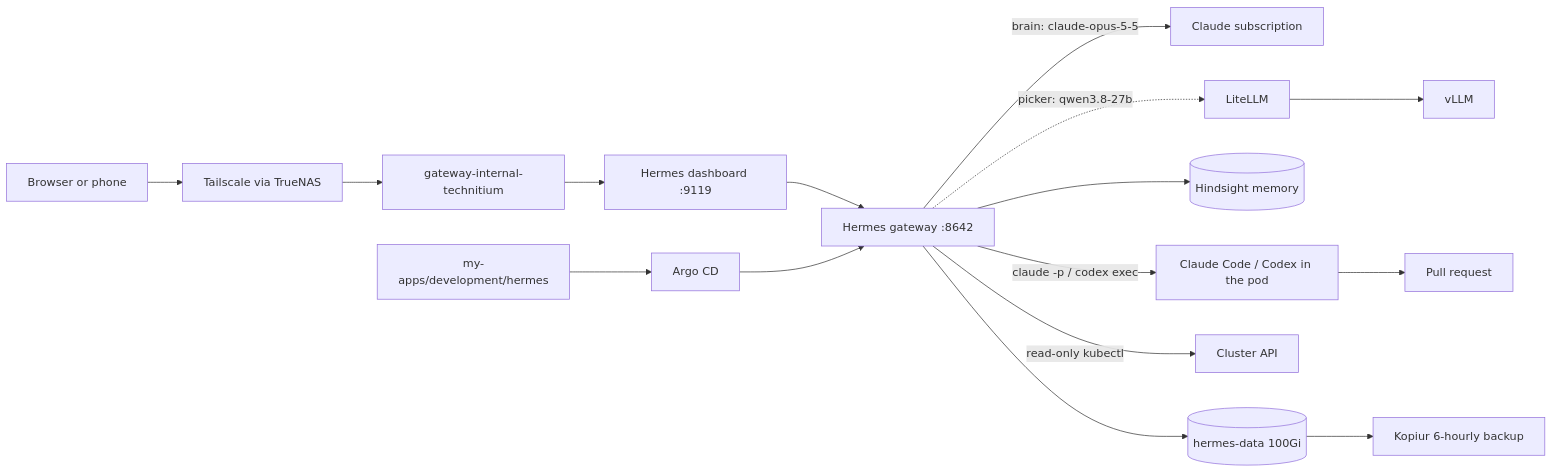
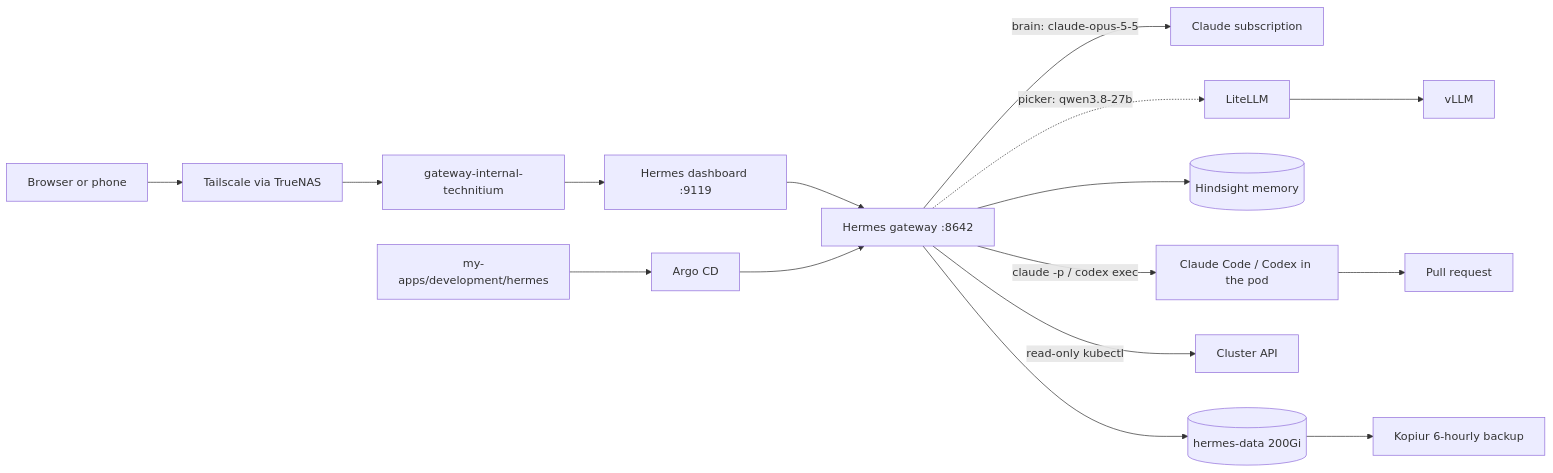
The first of 3 diagrams in docs/domains/ai-gpu/hermes.md (mitchross/talos-argocd-proxmox), drawn with Mermaid before and after one commit. The commit also changed other lines of this file and 4 other files, not shown here.

````diff
--- a/docs/domains/ai-gpu/hermes.md
+++ b/docs/domains/ai-gpu/hermes.md
@@ -22,12 +22,12 @@
 ```mermaid
 flowchart LR
     Client[Browser or phone] --> TS[Tailscale via TrueNAS] --> GW[gateway-internal-technitium] --> Dash[Hermes dashboard :9119]
     Dash --> Gateway[Hermes gateway :8642]
     Gateway -->|brain: claude-opus-5-5| Anthropic[Claude subscription]
     Gateway -.->|picker: qwen3.8-27b| LiteLLM --> vLLM
     Gateway --> Hindsight[(Hindsight memory)]
     Gateway -->|claude -p / codex exec| Agents[Claude Code / Codex in the pod] --> GitHub[Pull request]
     Gateway -->|read-only kubectl| K8s[Cluster API]
     Git[my-apps/development/hermes] --> Argo[Argo CD] --> Gateway
-    Gateway --> Vol[(hermes-data 100Gi)] --> Kopiur[Kopiur 6-hourly backup]
+    Gateway --> Vol[(hermes-data 200Gi)] --> Kopiur[Kopiur 6-hourly backup]
 ```
````
